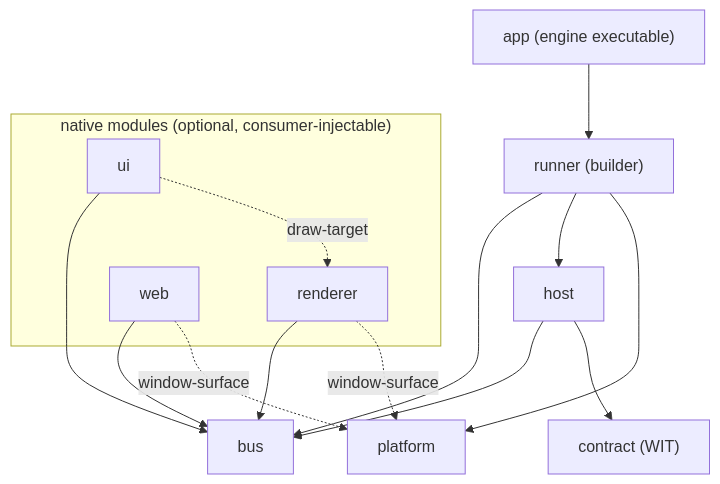
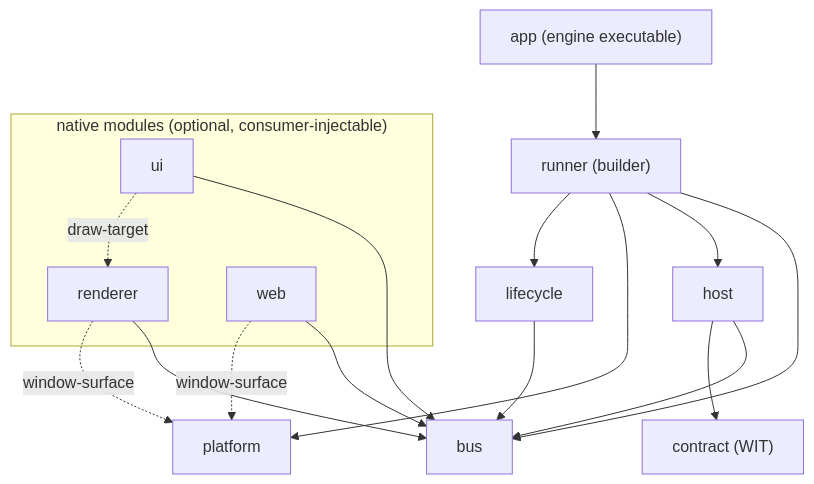
Before and after one commit to an-dr/bones: the diagram in docs/structure.md, drawn with Mermaid. The commit also changed other lines of this file and 34 other files, not shown here.

````diff
--- a/docs/structure.md
+++ b/docs/structure.md
@@ -43,20 +44,22 @@
 ```mermaid
 graph TD
     App["app (engine executable)"] --> Runner["runner (builder)"]
     Runner --> Bus["bus"]
     Runner --> Host["host"]
     Runner --> Platform["platform"]
+    Runner --> Lifecycle["lifecycle"]
     Host --> Bus
     Host --> Contract["contract (WIT)"]
+    Lifecycle --> Bus
     subgraph Modules["native modules (optional, consumer-injectable)"]
         Renderer["renderer"]
         UI["ui"]
         Web["web"]
     end
     Renderer --> Bus
     UI --> Bus
     Web --> Bus
     Renderer -. "window-surface" .-> Platform
     Web -. "window-surface" .-> Platform
     UI -. "draw-target" .-> Renderer
 ```
````
